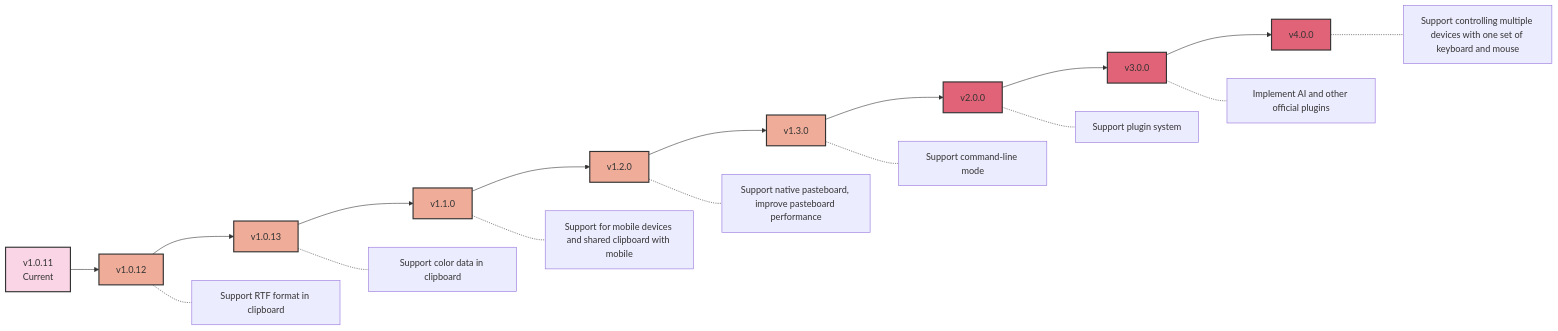
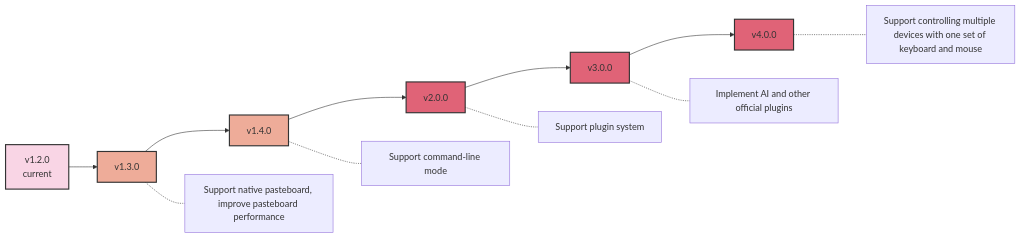
Before and after one commit to CrossPaste/crosspaste-desktop: the diagram in doc/en/Roadmap.md, drawn with Mermaid. The commit also changed 3 other files, not shown here.

````diff
--- a/doc/en/Roadmap.md
+++ b/doc/en/Roadmap.md
@@ -5,27 +5,21 @@
 ```mermaid
 graph LR
-    A[v1.0.11<br/>Current] --> AA[v1.0.12]
-    AA --> AB[v1.0.13]
-    AB --> B[v1.1.0]
-    B --> C[v1.2.0]
-    C --> D[v1.3.0]
+    B[v1.2.0<br/>current] --> C[v1.3.0]
+    C --> D[v1.4.0]
     D --> E[v2.0.0]
     E --> F[v3.0.0]
     F --> G[v4.0.0]
 
-    AA -.- AA1[Support RTF format in clipboard]
-    AB -.- AB1[Support color data in clipboard]
-    B -.- B1[Support for mobile devices and shared clipboard with mobile]
     C -.- C1[Support native pasteboard, improve pasteboard performance]
     D -.- D1[Support command-line mode]
     E -.- E1[Support plugin system]
     F -.- F1[Implement AI and other official plugins]
     G -.- G2[Support controlling multiple devices with one set of keyboard and mouse]
 
     classDef current fill:#f9d5e5,stroke:#333,stroke-width:2px
     classDef minor fill:#eeac99,stroke:#333,stroke-width:2px
     classDef major fill:#e06377,stroke:#333,stroke-width:2px
-    class A current
-    class AA,AB,B,C,D minor
+    class B current
+    class C,D minor
     class E,F,G major
 ```
````
